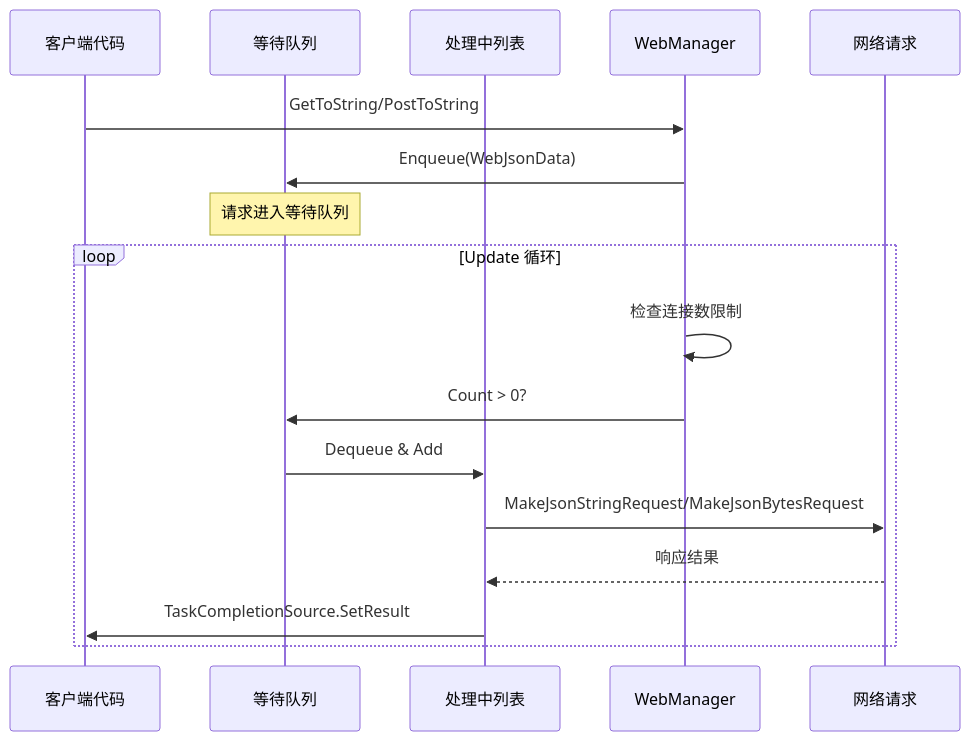
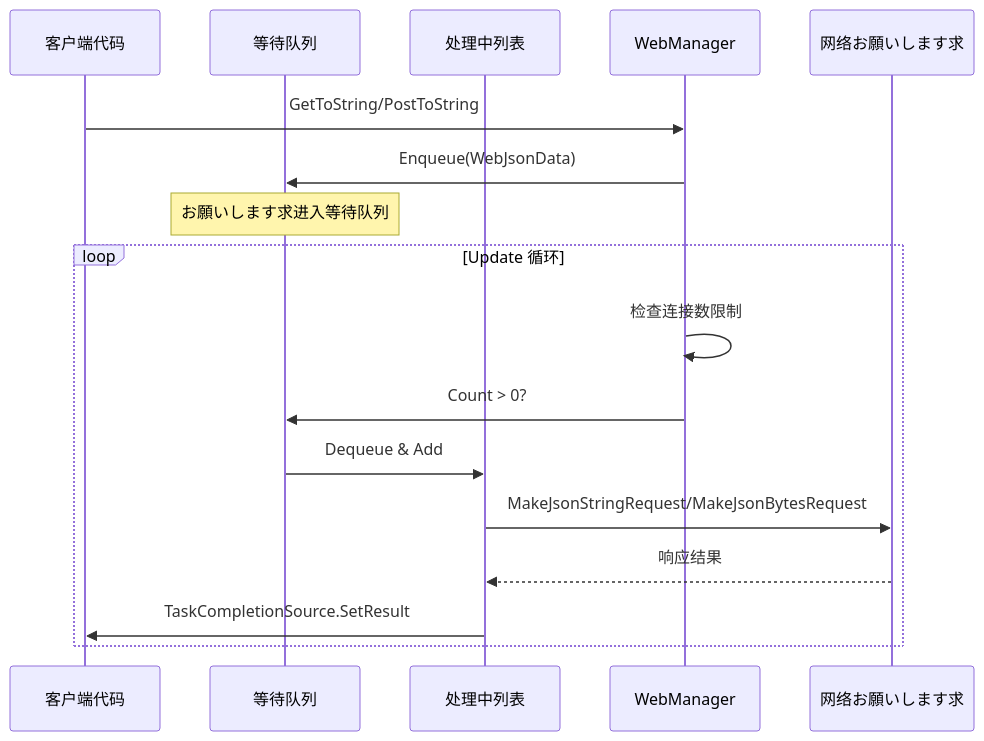
Before and after one commit to AlianBlank/GameFrameX.Docs: the second of 4 diagrams in docs/ja/client/unity/component/web/05.web-manager.md, drawn with Mermaid. The commit also changed other lines of this file and 603 other files, not shown here.

````diff
--- a/docs/ja/client/unity/component/web/05.web-manager.md
+++ b/docs/ja/client/unity/component/web/05.web-manager.md
@@ -123,21 +123,21 @@
 ```mermaid
 sequenceDiagram
     participant Client as 客户端代码
     participant Queue as 等待队列
     participant List as 处理中列表
     participant Manager as WebManager
-    participant Network as 网络请求
+    participant Network as 网络お願いします求
 
     Client->>Manager: GetToString/PostToString
     Manager->>Queue: Enqueue(WebJsonData)
-    Note over Queue: 请求进入等待队列
+    Note over Queue: お願いします求进入等待队列
 
     loop Update 循环
         Manager->>Manager: 检查连接数限制
         Manager->>Queue: Count > 0?
         Queue->>List: Dequeue & Add
         List->>Network: MakeJsonStringRequest/MakeJsonBytesRequest
         Network-->>List: 响应结果
         List->>Client: TaskCompletionSource.SetResult
     end
 ```
````
